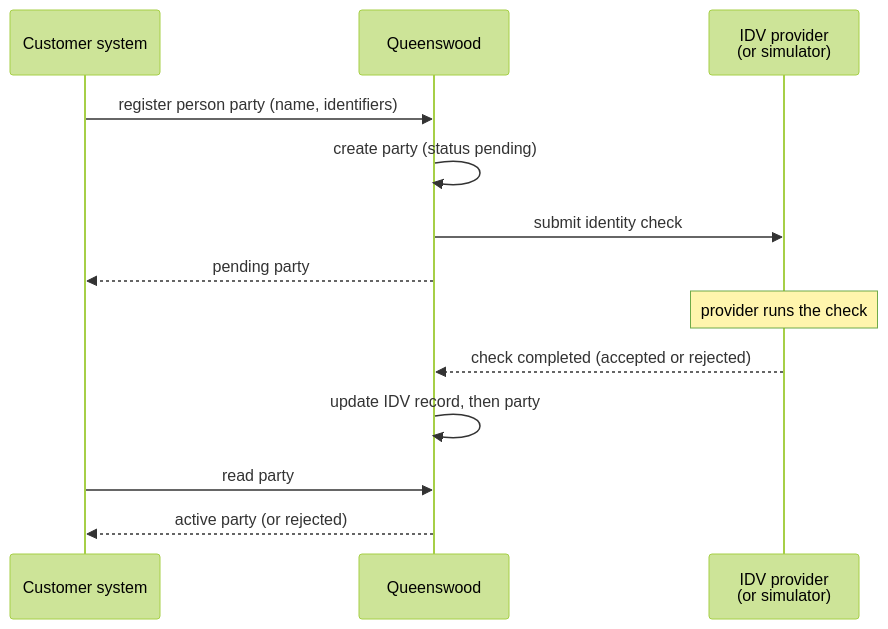
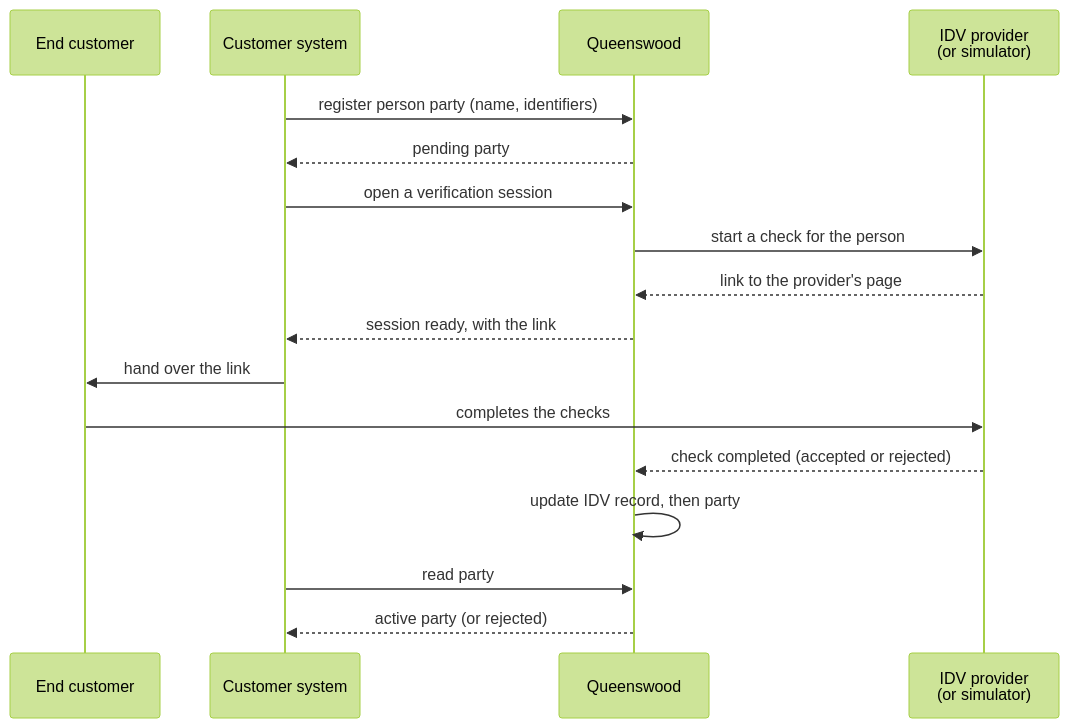
Before and after one commit to repldriven/queenswood: the first of 2 diagrams in docs/prd/parties.md, drawn with Mermaid (forest theme). The commit also changed other lines of this file and 27 other files, not shown here.

````diff
--- a/docs/prd/parties.md
+++ b/docs/prd/parties.md
@@ -198,16 +205,20 @@
 ```mermaid
 sequenceDiagram
+    participant E as End customer
     participant T as Customer system
     participant Q as Queenswood
     participant I as IDV provider<br/>(or simulator)
 
     T->>Q: register person party (name, identifiers)
-    Q->>Q: create party (status pending)
-    Q->>I: submit identity check
     Q-->>T: pending party
-    Note over I: provider runs the check
+    T->>Q: open a verification session
+    Q->>I: start a check for the person
+    I-->>Q: link to the provider's page
+    Q-->>T: session ready, with the link
+    T->>E: hand over the link
+    E->>I: completes the checks
     I-->>Q: check completed (accepted or rejected)
     Q->>Q: update IDV record, then party
     T->>Q: read party
     Q-->>T: active party (or rejected)
 ```
````
